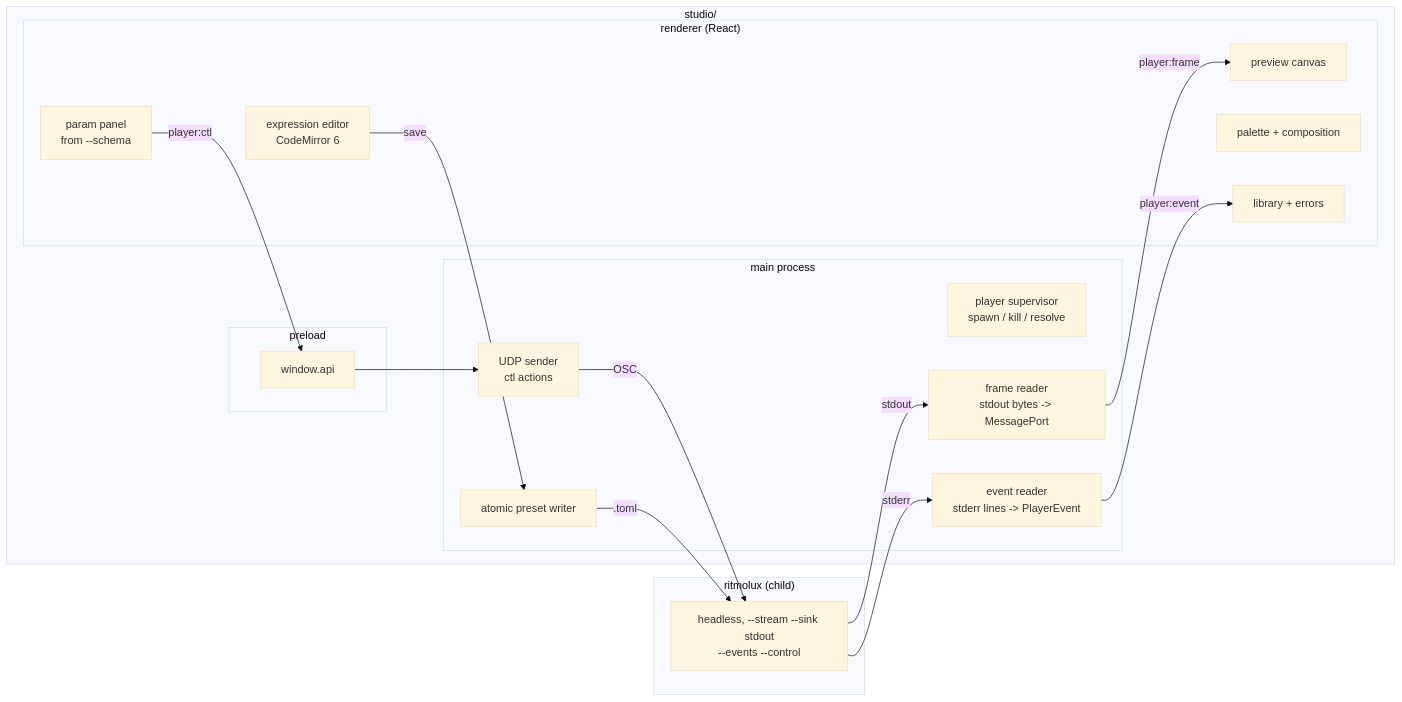
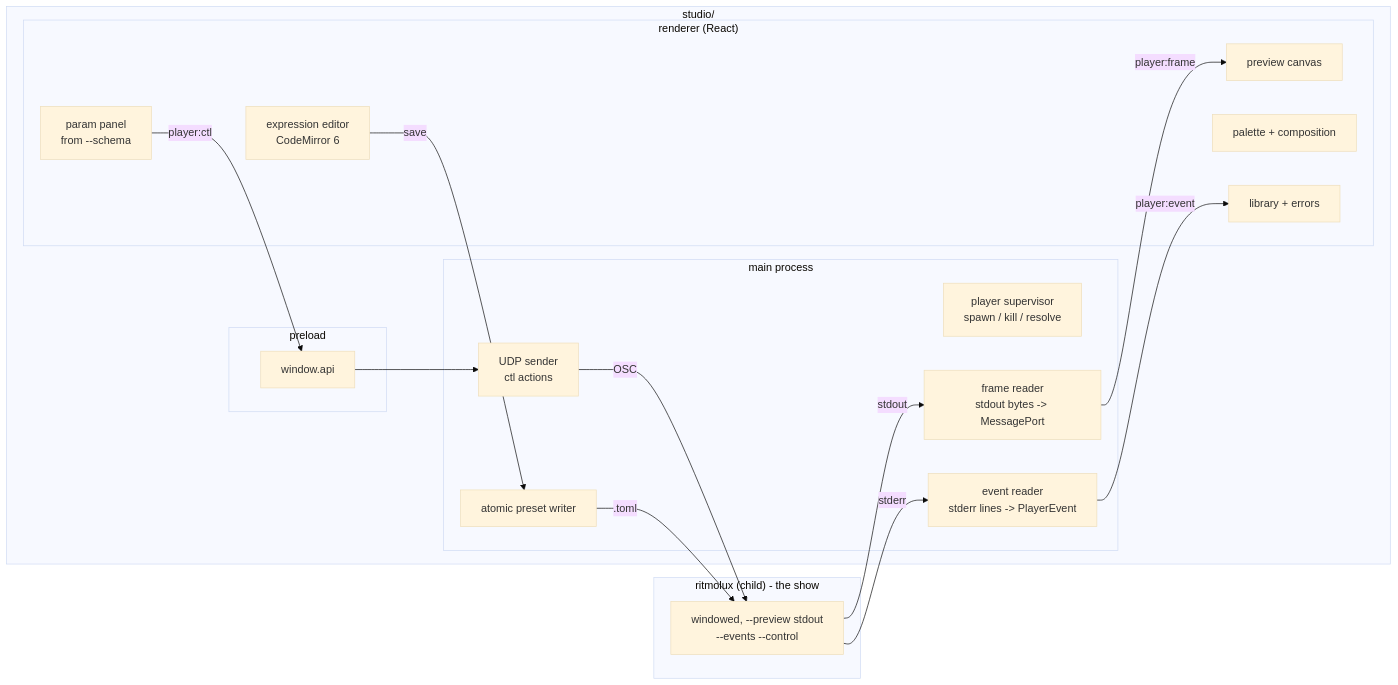
One commit to IgorKonovalov/Ritmolux changed the diagram in docs/plans/0159-the-studio-opens.md. Above: the diagram before and after it, drawn with Mermaid (base theme). The commit also changed other lines of this file and 5 other files, not shown here.

````diff
--- a/docs/plans/0159-the-studio-opens.md
+++ b/docs/plans/0159-the-studio-opens.md
@@ -46,29 +59,29 @@
 ```mermaid
 flowchart LR
     subgraph studio["studio/"]
         subgraph main["main process"]
             SUP[player supervisor<br/>spawn / kill / resolve]
             UDP[UDP sender<br/>ctl actions]
             EVR[event reader<br/>stderr lines -> PlayerEvent]
             FRR[frame reader<br/>stdout bytes -> MessagePort]
             FS[atomic preset writer]
         end
         subgraph preload["preload"]
             API[window.api]
         end
         subgraph renderer["renderer (React)"]
             PV[preview canvas]
             PP[param panel<br/>from --schema]
             ED[expression editor<br/>CodeMirror 6]
             PL[palette + composition]
             LIB[library + errors]
         end
     end
-    subgraph player["ritmolux (child)"]
-        P[headless, --stream --sink stdout<br/>--events --control]
+    subgraph player["ritmolux (child) - the show"]
+        P[windowed, --preview stdout<br/>--events --control]
     end
     PP -- player:ctl --> API --> UDP -- OSC --> P
     P -- stderr --> EVR -- player:event --> LIB
     P -- stdout --> FRR -- player:frame --> PV
     ED -- save --> FS -- .toml --> P
 ```
````
